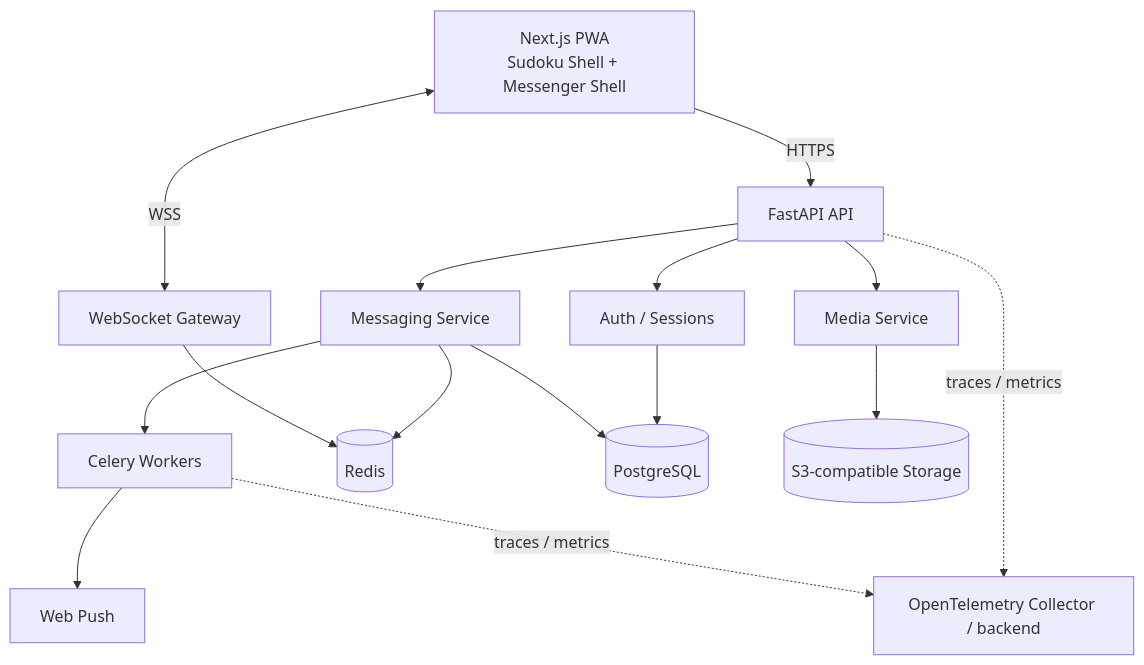
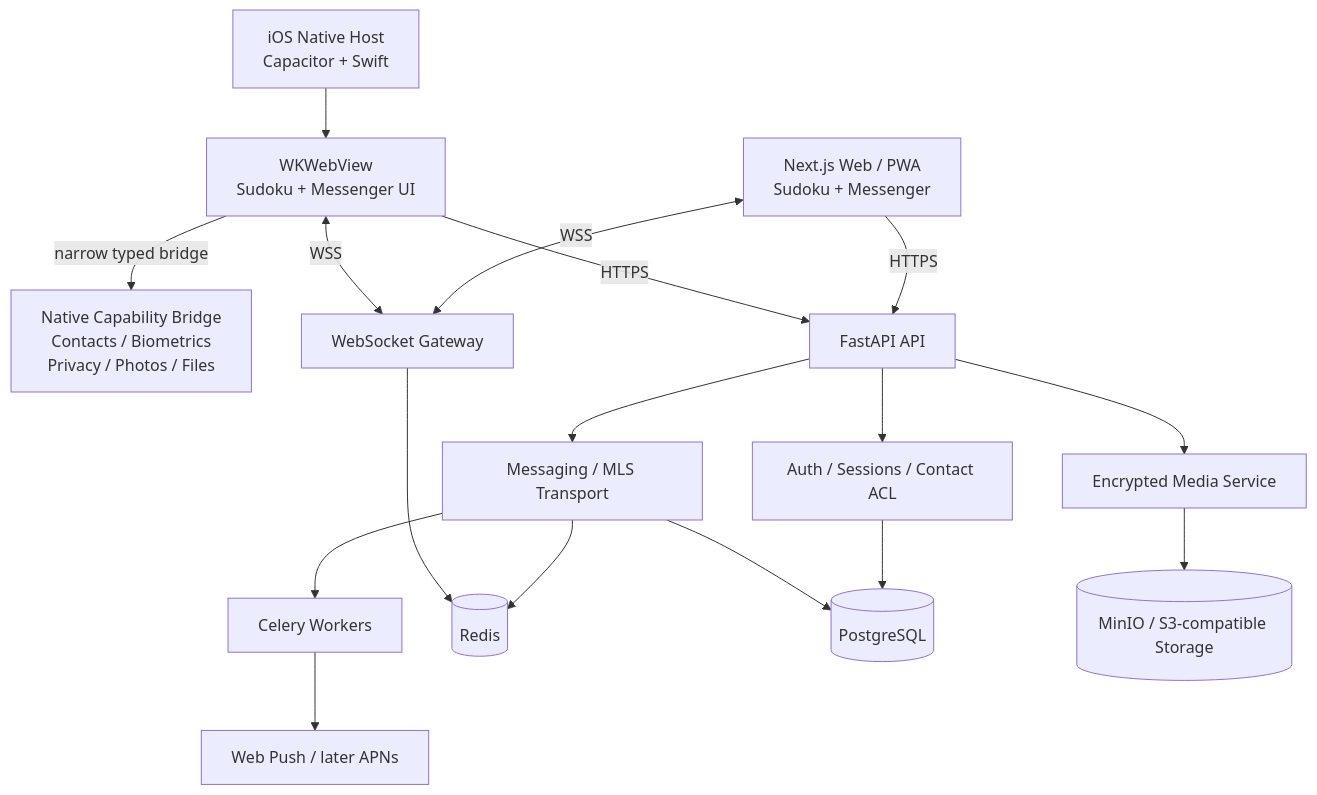
Before and after one commit to ios3kov/sudoku: the diagram in docs/ARCHITECTURE.md, drawn with Mermaid. The commit also changed other lines of this file, not shown here.

Commit message:
docs: define dual web and native iOS architecture

````diff
--- a/docs/ARCHITECTURE.md
+++ b/docs/ARCHITECTURE.md
@@ -9,30 +16,37 @@
 ```mermaid
 flowchart TB
-    PWA[Next.js PWA\nSudoku Shell + Messenger Shell]
+    WEB[Next.js Web / PWA\nSudoku + Messenger]
+    IOS[iOS Native Host\nCapacitor + Swift]
+    WK[WKWebView\nSudoku + Messenger UI]
+    BRIDGE[Native Capability Bridge\nContacts / Biometrics\nPrivacy / Photos / Files]
+
     API[FastAPI API]
     WS[WebSocket Gateway]
-    AUTH[Auth / Sessions]
-    MSG[Messaging Service]
-    MEDIA[Media Service]
+    AUTH[Auth / Sessions / Contact ACL]
+    MSG[Messaging / MLS Transport]
+    MEDIA[Encrypted Media Service]
     WORKER[Celery Workers]
     REDIS[(Redis)]
     PG[(PostgreSQL)]
-    S3[(S3-compatible Storage)]
-    PUSH[Web Push]
-    OTEL[OpenTelemetry Collector / backend]
+    S3[(MinIO / S3-compatible Storage)]
+    PUSH[Web Push / later APNs]
 
-    PWA -->|HTTPS| API
-    PWA <-->|WSS| WS
+    WEB -->|HTTPS| API
+    WEB <-->|WSS| WS
+
+    IOS --> WK
+    WK -->|narrow typed bridge| BRIDGE
+    WK -->|HTTPS| API
+    WK <-->|WSS| WS
+
     API --> AUTH
     API --> MSG
     API --> MEDIA
     AUTH --> PG
     MSG --> PG
     MSG --> REDIS
     WS --> REDIS
     MEDIA --> S3
     MSG --> WORKER
     WORKER --> PUSH
-    API -. traces / metrics .-> OTEL
-    WORKER -. traces / metrics .-> OTEL
 ```
````
